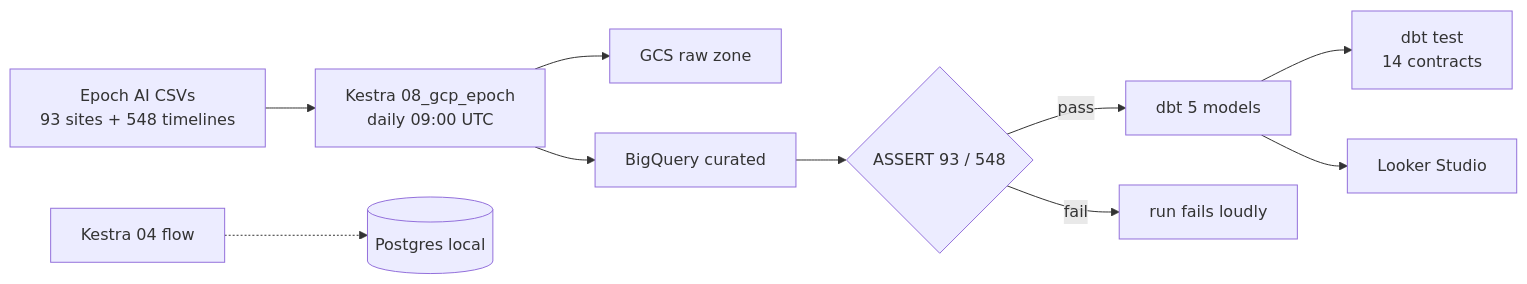
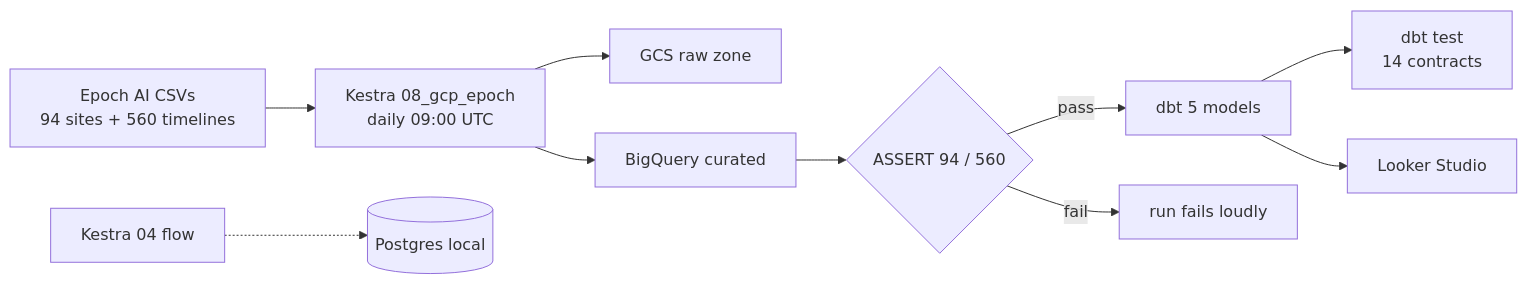
The diagram in README.md (wardalxndr/ai-data-center-analytics), drawn with Mermaid before and after one commit. The commit also changed other lines of this file and 6 other files, not shown here.

````diff
--- a/README.md
+++ b/README.md
@@ -22,12 +22,12 @@
 ```mermaid
 flowchart LR
-    E["Epoch AI CSVs<br/>93 sites + 548 timelines"] --> K["Kestra 08_gcp_epoch<br/>daily 09:00 UTC"]
+    E["Epoch AI CSVs<br/>94 sites + 560 timelines"] --> K["Kestra 08_gcp_epoch<br/>daily 09:00 UTC"]
     K --> G["GCS raw zone"]
     K --> B["BigQuery curated"]
-    B --> A{"ASSERT 93 / 548"}
+    B --> A{"ASSERT 94 / 560"}
     A -->|pass| D["dbt 5 models"]
     A -->|fail| X["run fails loudly"]
     D --> T["dbt test<br/>14 contracts"]
     D --> L["Looker Studio"]
     K2["Kestra 04 flow"] -.-> P[("Postgres local")]
 ```
````
